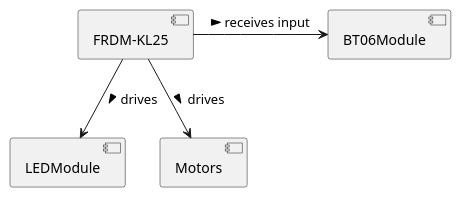
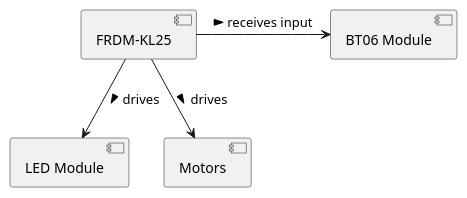
One commit to R-Ramana/CG2271 changed the diagram in Project/Documents/HardwareArchitecture.puml. Above: the diagram before and after it, drawn with PlantUML. The commit also changed 3 other files, not shown here.

Commit message:
Update UML diagram

```diff
--- a/Project/Documents/HardwareArchitecture.puml
+++ b/Project/Documents/HardwareArchitecture.puml
@@ -1,11 +1,11 @@
 @startuml
 
 [FRDM-KL25] as FRDM
-[LEDModule] as LED
+[LED Module] as LED
 [Motors] as Motor
-[BT06Module] as BT
+[BT06 Module] as BT
 
 FRDM -d-> LED : drives >
 FRDM -d-> Motor : drives >
 FRDM -r-> BT : receives input >
 @enduml
```
